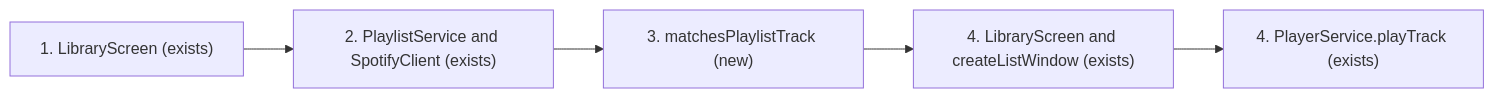
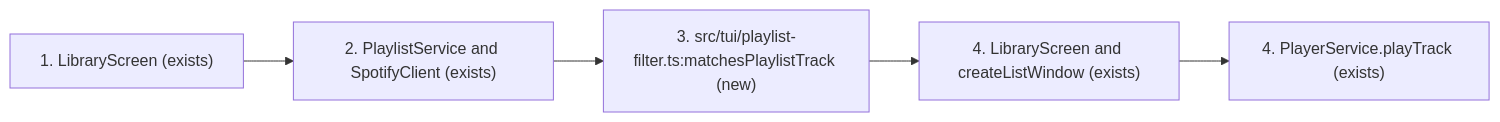
One commit to bzenky/spoti changed the first of 3 diagrams in .specs/features/playlist-filter/plan.md. Above: the diagram before and after it, drawn with Mermaid.

Commit message:
docs: align playlist filter plan diagram with implementation

````diff
--- a/.specs/features/playlist-filter/plan.md
+++ b/.specs/features/playlist-filter/plan.md
@@ -39,7 +39,7 @@
 ```mermaid
 flowchart LR
     U["1. LibraryScreen (exists)"] --> L["2. PlaylistService and SpotifyClient (exists)"]
-    L --> F["3. matchesPlaylistTrack (new)"]
+    L --> F["3. src/tui/playlist-filter.ts:matchesPlaylistTrack (new)"]
     F --> V["4. LibraryScreen and createListWindow (exists)"]
     V --> P["4. PlayerService.playTrack (exists)"]
 ```
````
